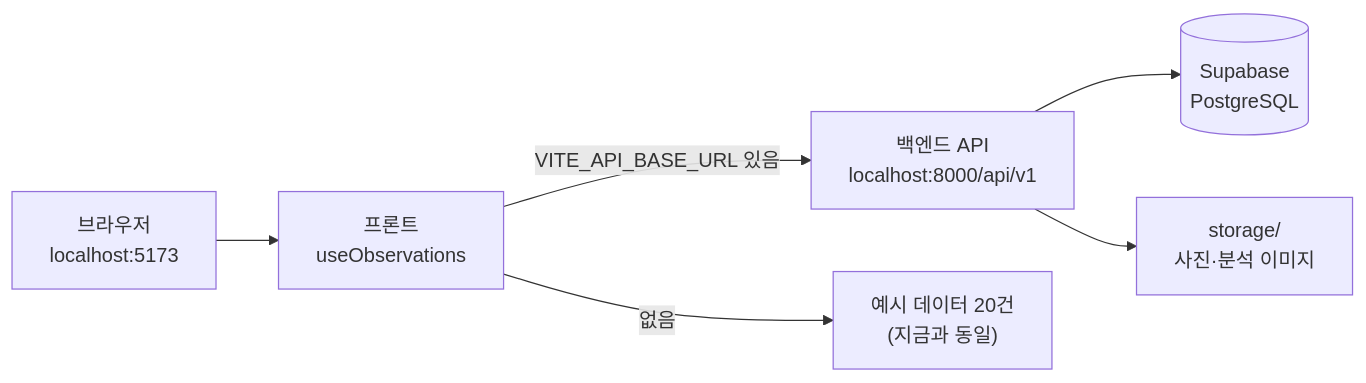
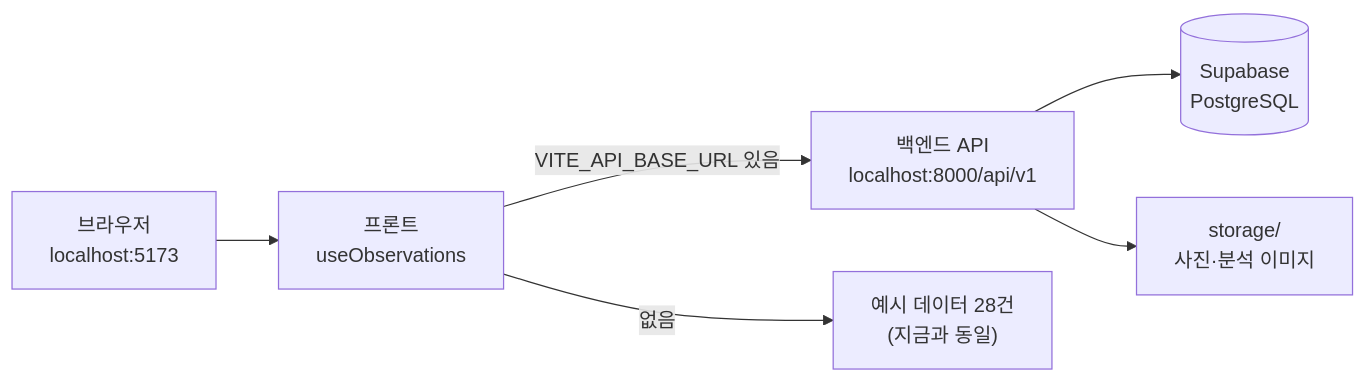
One commit to KingHaKyung/RoadPush_BE changed the first of 2 diagrams in docs/FRONTEND_INTEGRATION.md. Above: the diagram before and after it, drawn with Mermaid. The commit also changed other lines of this file and 1 other file, not shown here.

````diff
--- a/docs/FRONTEND_INTEGRATION.md
+++ b/docs/FRONTEND_INTEGRATION.md
@@ -14,8 +14,8 @@
 ```mermaid
 flowchart LR
     U["브라우저<br/>localhost:5173"] --> FE["프론트<br/>useObservations"]
     FE -->|"VITE_API_BASE_URL 있음"| API["백엔드 API<br/>localhost:8000/api/v1"]
-    FE -->|"없음"| SAMPLE["예시 데이터 20건<br/>(지금과 동일)"]
+    FE -->|"없음"| SAMPLE["예시 데이터 28건<br/>(지금과 동일)"]
     API --> DB[("Supabase<br/>PostgreSQL")]
     API --> FILES["storage/<br/>사진·분석 이미지"]
 ```
````
